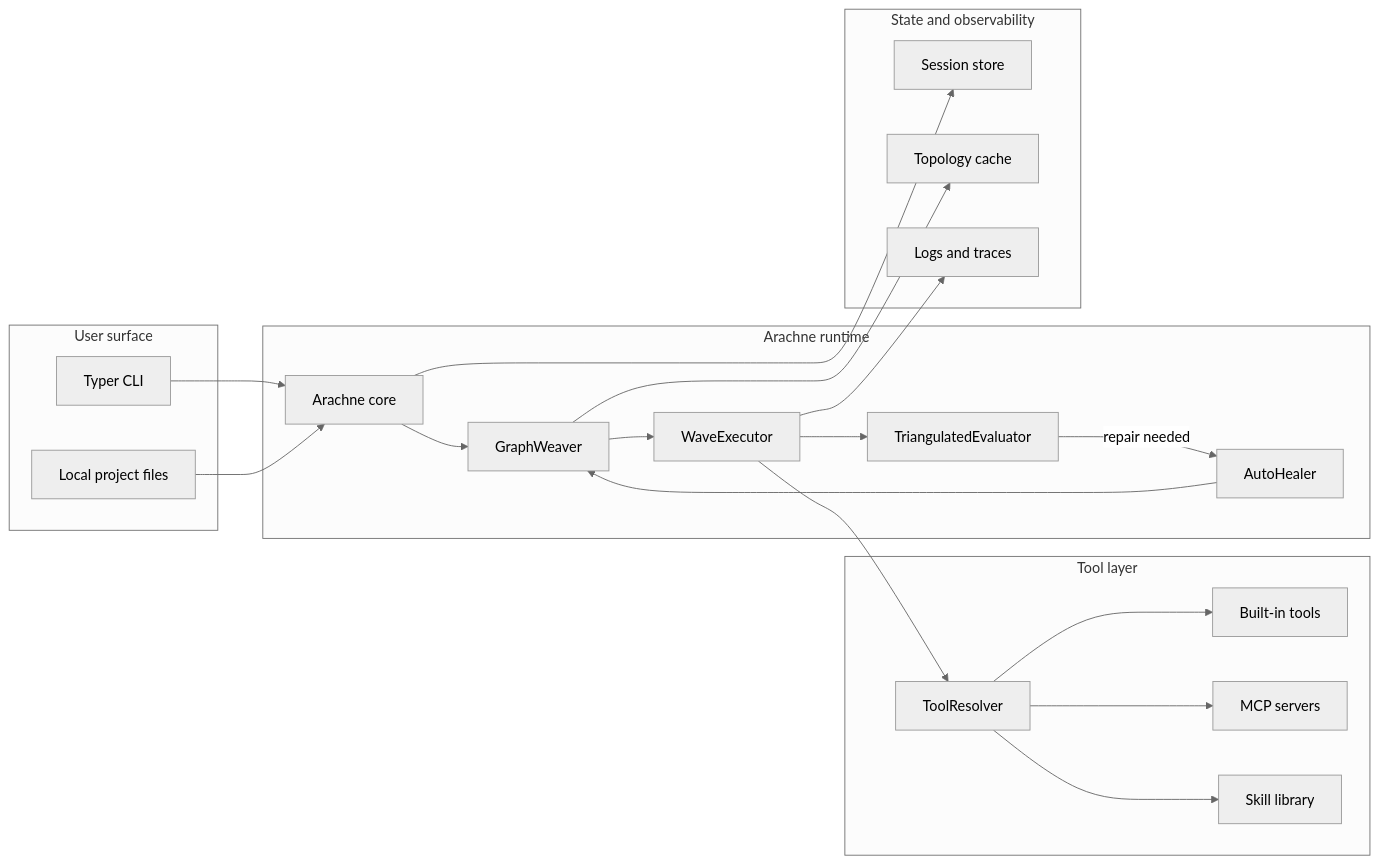
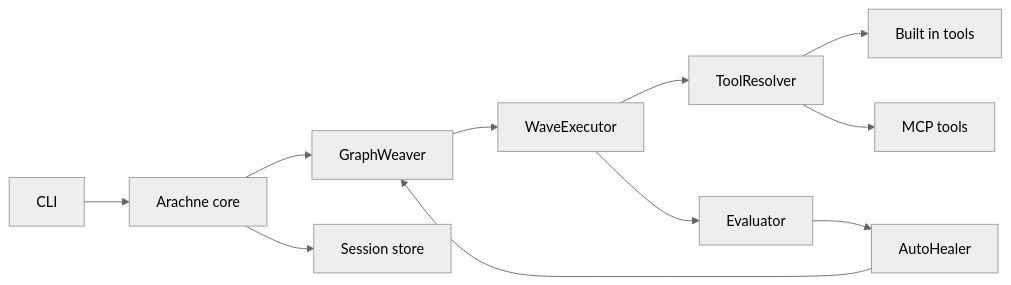
Before and after one commit to Strategic-Automation/arachne: the second of 2 diagrams in README.md, drawn with Mermaid (neutral theme). The commit also changed other lines of this file, not shown here.

Commit message:
docs: simplify README Mermaid diagrams

````diff
--- a/README.md
+++ b/README.md
@@ -61,43 +63,23 @@
 ```mermaid
-flowchart LR
-    subgraph User[User surface]
-        CLI[Typer CLI]
-        Files[Local project files]
-    end
-
-    subgraph Runtime[Arachne runtime]
-        Core[Arachne core]
-        Weaver[GraphWeaver]
-        Executor[WaveExecutor]
-        Evaluator[TriangulatedEvaluator]
-        Healer[AutoHealer]
-    end
-
-    subgraph Tooling[Tool layer]
-        Resolver[ToolResolver]
-        Builtins[Built-in tools]
-        MCP[MCP servers]
-        Skills[Skill library]
-    end
-
-    subgraph State[State and observability]
-        Sessions[Session store]
-        Cache[Topology cache]
-        Logs[Logs and traces]
-    end
-
-    CLI --> Core
-    Files --> Core
-    Core --> Weaver
-    Weaver --> Executor
-    Executor --> Resolver
-    Resolver --> Builtins
-    Resolver --> MCP
-    Resolver --> Skills
-    Executor --> Evaluator
-    Evaluator -->|repair needed| Healer
-    Healer --> Weaver
-    Core --> Sessions
-    Weaver --> Cache
-    Executor --> Logs
+graph LR
+    A[CLI]
+    B[Arachne core]
+    C[GraphWeaver]
+    D[WaveExecutor]
+    E[ToolResolver]
+    F[Built in tools]
+    G[MCP tools]
+    H[Evaluator]
+    I[AutoHealer]
+    J[Session store]
+    A --> B
+    B --> C
+    C --> D
+    D --> E
+    E --> F
+    E --> G
+    D --> H
+    H --> I
+    I --> C
+    B --> J
 ```
````
